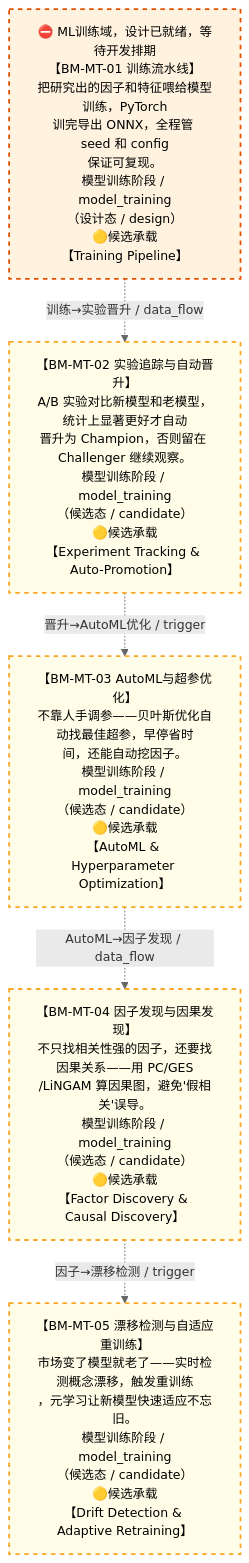
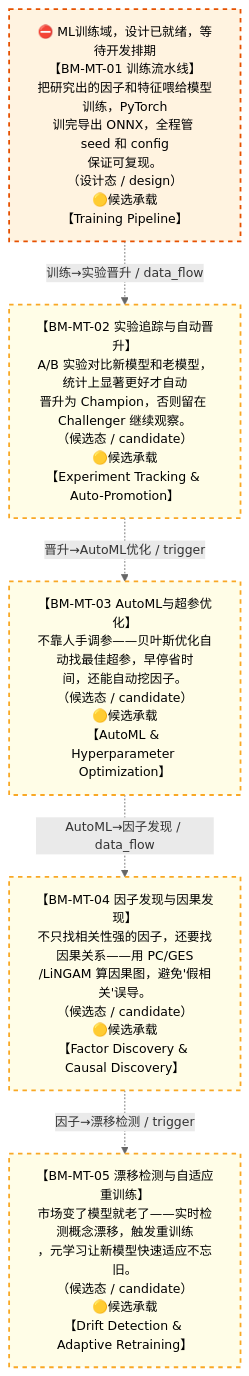
The diagram in docs/02_enterprise_architecture/07_trading_decision_architecture/battle_map/battle_map_02_model_training.md (xuanFelixVan/ZephyrAlpha), drawn with Mermaid before and after one commit. The commit also changed 173 other files, not shown here.

````diff
--- a/docs/02_enterprise_architecture/07_trading_decision_architecture/battle_map/battle_map_02_model_training.md
+++ b/docs/02_enterprise_architecture/07_trading_decision_architecture/battle_map/battle_map_02_model_training.md
@@ -38,21 +38,21 @@
 ```mermaid
 %%{init: {'theme': 'base', 'themeVariables': {'primaryColor': '#eaeaea', 'primaryTextColor': '#333333', 'primaryBorderColor': '#666666', 'lineColor': '#666666', 'secondaryColor': '#eaeaea', 'tertiaryColor': '#eaeaea', 'clusterBkg': 'transparent', 'clusterBorder': 'transparent', 'fontSize': '14px'}}}%%
 %% 模型训练阶段图
 flowchart TD
-    BM_MT_01["⛔ ML训练域，设计已就绪，等待开发排期<br/>【BM-MT-01 训练流水线】<br/>把研究出的因子和特征喂给模型训练，PyTorch<br/>训完导出 ONNX，全程管 seed 和 config<br/>保证可复现。<br/>模型训练阶段 / model_training<br/>（设计态 / design）<br/>🟡候选承载<br/>【Training Pipeline】"]
-    BM_MT_02["【BM-MT-02 实验追踪与自动晋升】<br/>A/B 实验对比新模型和老模型，统计上显著更好才自动<br/>晋升为 Champion，否则留在 Challenger 继续观察。<br/>模型训练阶段 / model_training<br/>（候选态 / candidate）<br/>🟡候选承载<br/>【Experiment Tracking &amp; Auto-Promotion】"]
-    BM_MT_03["【BM-MT-03 AutoML与超参优化】<br/>不靠人手调参——贝叶斯优化自动找最佳超参，早停省时<br/>间，还能自动挖因子。<br/>模型训练阶段 / model_training<br/>（候选态 / candidate）<br/>🟡候选承载<br/>【AutoML &amp; Hyperparameter Optimization】"]
-    BM_MT_04["【BM-MT-04 因子发现与因果发现】<br/>不只找相关性强的因子，还要找因果关系——用 PC/GES<br/>/LiNGAM 算因果图，避免'假相关'误导。<br/>模型训练阶段 / model_training<br/>（候选态 / candidate）<br/>🟡候选承载<br/>【Factor Discovery &amp; Causal Discovery】"]
-    BM_MT_05["【BM-MT-05 漂移检测与自适应重训练】<br/>市场变了模型就老了——实时检测概念漂移，触发重训练<br/>，元学习让新模型快速适应不忘旧。<br/>模型训练阶段 / model_training<br/>（候选态 / candidate）<br/>🟡候选承载<br/>【Drift Detection &amp; Adaptive Retraining】"]
+    BM_MT_01["⛔ ML训练域，设计已就绪，等待开发排期<br/>【BM-MT-01 训练流水线】<br/>把研究出的因子和特征喂给模型训练，PyTorch<br/>训完导出 ONNX，全程管 seed 和 config<br/>保证可复现。<br/>（设计态 / design）<br/>🟡候选承载<br/>【Training Pipeline】"]
+    BM_MT_02["【BM-MT-02 实验追踪与自动晋升】<br/>A/B 实验对比新模型和老模型，统计上显著更好才自动<br/>晋升为 Champion，否则留在 Challenger 继续观察。<br/>（候选态 / candidate）<br/>🟡候选承载<br/>【Experiment Tracking &amp; Auto-Promotion】"]
+    BM_MT_03["【BM-MT-03 AutoML与超参优化】<br/>不靠人手调参——贝叶斯优化自动找最佳超参，早停省时<br/>间，还能自动挖因子。<br/>（候选态 / candidate）<br/>🟡候选承载<br/>【AutoML &amp; Hyperparameter Optimization】"]
+    BM_MT_04["【BM-MT-04 因子发现与因果发现】<br/>不只找相关性强的因子，还要找因果关系——用 PC/GES<br/>/LiNGAM 算因果图，避免'假相关'误导。<br/>（候选态 / candidate）<br/>🟡候选承载<br/>【Factor Discovery &amp; Causal Discovery】"]
+    BM_MT_05["【BM-MT-05 漂移检测与自适应重训练】<br/>市场变了模型就老了——实时检测概念漂移，触发重训练<br/>，元学习让新模型快速适应不忘旧。<br/>（候选态 / candidate）<br/>🟡候选承载<br/>【Drift Detection &amp; Adaptive Retraining】"]
     BM_MT_01 -.->|训练→实验晋升 / data_flow| BM_MT_02
     BM_MT_02 -.->|晋升→AutoML优化 / trigger| BM_MT_03
     BM_MT_03 -.->|AutoML→因子发现 / data_flow| BM_MT_04
     BM_MT_04 -.->|因子→漂移检测 / trigger| BM_MT_05
 classDef production fill:#e1f5fe,stroke:#01579b,stroke-width:2px,color:#000
 classDef design fill:#fff3e0,stroke:#e65100,stroke-width:2px,color:#000,stroke-dasharray: 5 5
 classDef deprecated fill:#ffebee,stroke:#c62828,stroke-width:2px,color:#000
 classDef missing fill:#eeeeee,stroke:#9e9e9e,stroke-width:2px,color:#000
 classDef candidate fill:#fffde7,stroke:#f9a825,stroke-width:2px,color:#000,stroke-dasharray: 5 5
     class BM_MT_01 design
     class BM_MT_02,BM_MT_03,BM_MT_04,BM_MT_05 candidate
 ```
````
